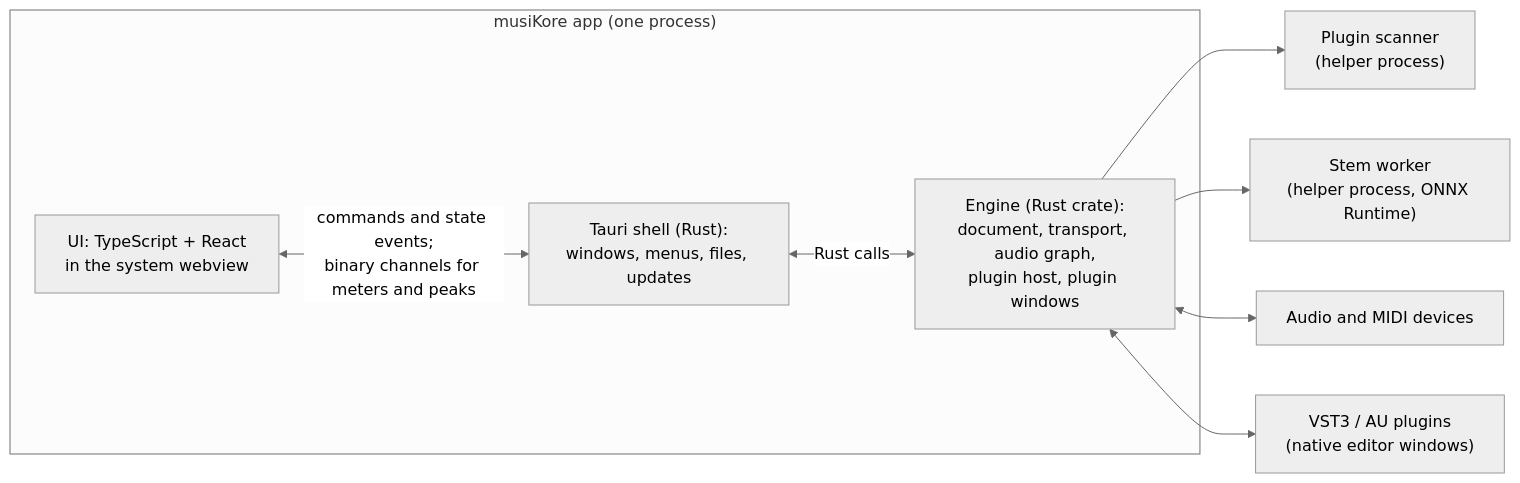
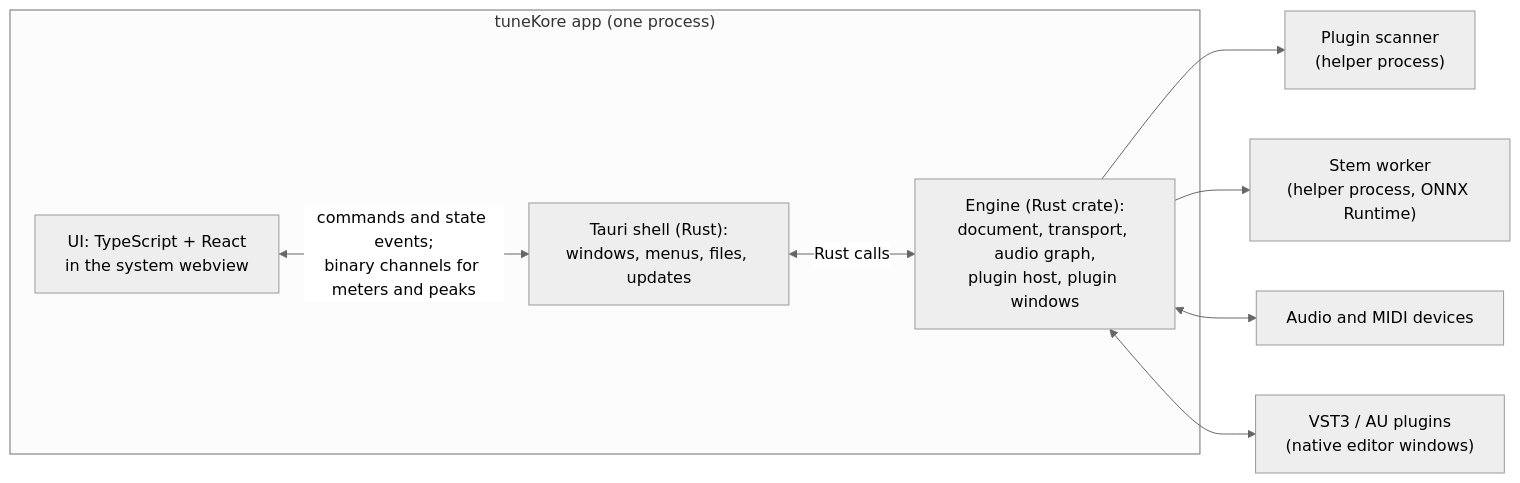
Before and after one commit to idevkore/dk-tunekore: the diagram in docs/PLAN.md, drawn with Mermaid (neutral theme). The commit also changed other lines of this file and 48 other files, not shown here.

First line of the commit message:
feat(brand)!: rename musiKore to tuneKore with the TUNE K› logo

````diff
--- a/docs/PLAN.md
+++ b/docs/PLAN.md
@@ -88,16 +89,16 @@
 ```mermaid
 flowchart LR
-  subgraph App["musiKore app (one process)"]
+  subgraph App["tuneKore app (one process)"]
     UI["UI: TypeScript + React<br/>in the system webview"]
     Shell["Tauri shell (Rust):<br/>windows, menus, files, updates"]
     Engine["Engine (Rust crate):<br/>document, transport, audio graph,<br/>plugin host, plugin windows"]
     UI <-- "commands and state events;<br/>binary channels for meters and peaks" --> Shell
     Shell <-- "Rust calls" --> Engine
   end
   Scanner["Plugin scanner<br/>(helper process)"]
   Stems["Stem worker<br/>(helper process, ONNX Runtime)"]
   Engine --> Scanner
   Engine --> Stems
   Engine <--> Audio["Audio and MIDI devices"]
   Engine <--> Plugins["VST3 / AU plugins<br/>(native editor windows)"]
 ```
````
